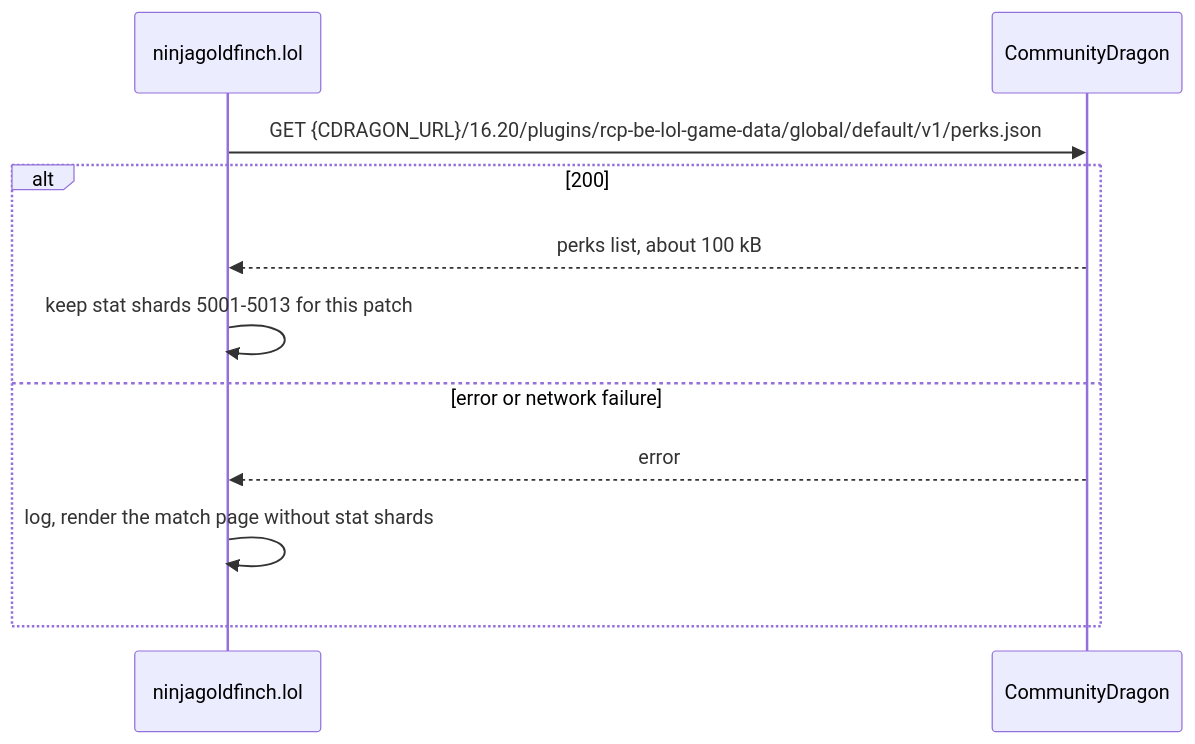
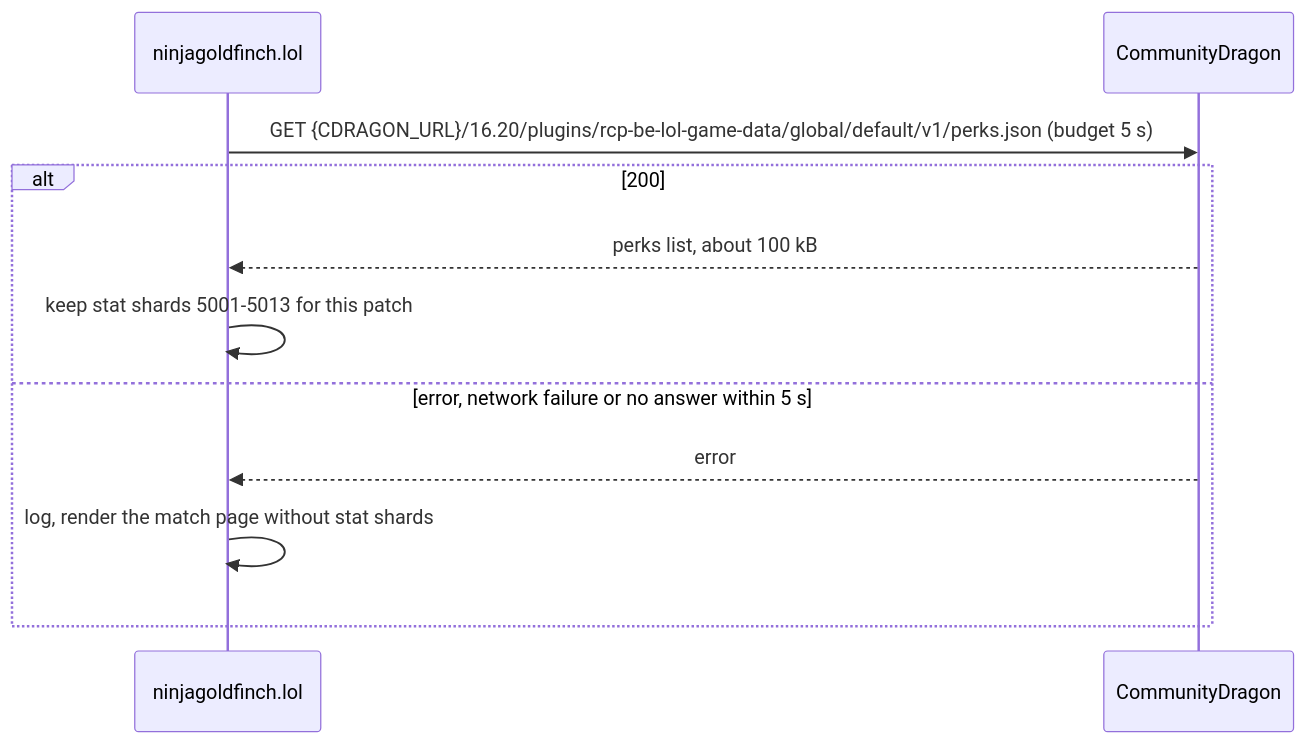
The fourth of 4 diagrams in docs/integration/service-communication.md (NinjaGoldfinch/ninjagoldfinch-lol), drawn with Mermaid before and after one commit. The commit also changed other lines of this file and 45 other files, not shown here.

````diff
--- a/docs/integration/service-communication.md
+++ b/docs/integration/service-communication.md
@@ -92,13 +92,13 @@
 ```mermaid
 sequenceDiagram
   participant Site as ninjagoldfinch.lol
   participant CDragon as CommunityDragon
-  Site->>CDragon: GET {CDRAGON_URL}/16.20/plugins/rcp-be-lol-game-data/global/default/v1/perks.json
+  Site->>CDragon: GET {CDRAGON_URL}/16.20/plugins/rcp-be-lol-game-data/global/default/v1/perks.json (budget 5 s)
   alt 200
     CDragon-->>Site: perks list, about 100 kB
     Site->>Site: keep stat shards 5001-5013 for this patch
-  else error or network failure
+  else error, network failure or no answer within 5 s
     CDragon-->>Site: error
     Site->>Site: log, render the match page without stat shards
   end
 ```
````
